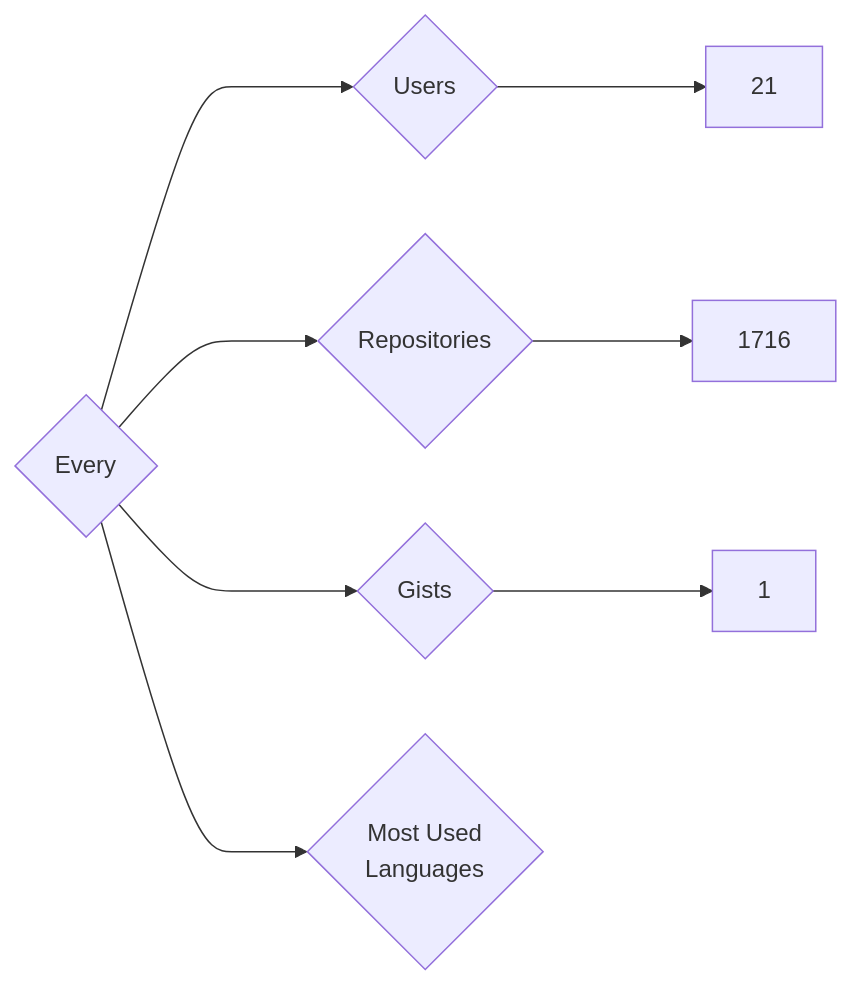
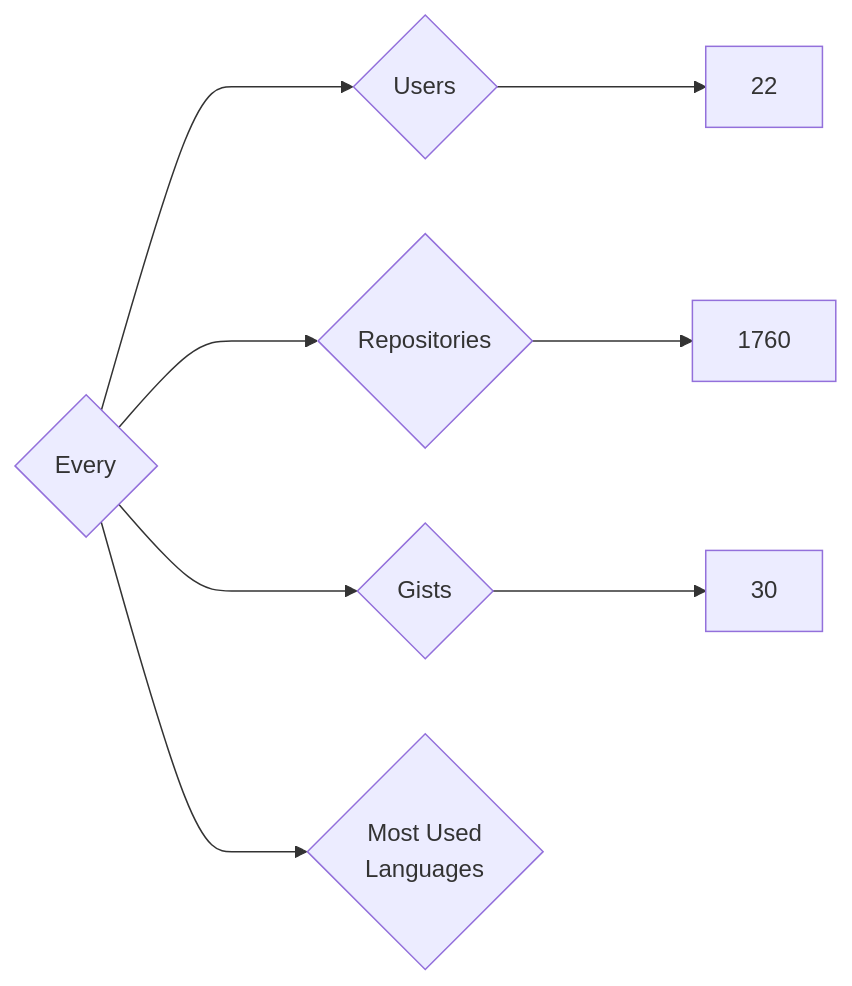
Before and after one commit to nenadzaric/insiders: the diagram in targets/Every/README.md, drawn with Mermaid. The commit also changed 1342 other files, not shown here.

````diff
--- a/targets/Every/README.md
+++ b/targets/Every/README.md
@@ -3,8 +3,8 @@
 ```mermaid
 graph LR
 COMPANY_NAME{Every}
-COMPANY_NAME ---> U{Users} ---> UN[21]
-COMPANY_NAME ---> R{Repositories} ---> RN[1716]
-COMPANY_NAME ---> G{Gists} ---> GN[1]
+COMPANY_NAME ---> U{Users} ---> UN[22]
+COMPANY_NAME ---> R{Repositories} ---> RN[1760]
+COMPANY_NAME ---> G{Gists} ---> GN[30]
 COMPANY_NAME ---> ML{Most Used<br>Languages}
 ```
````
